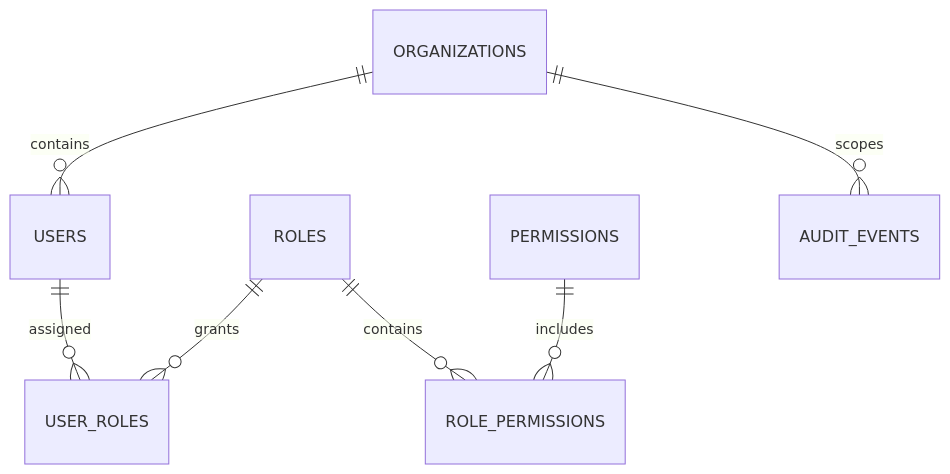
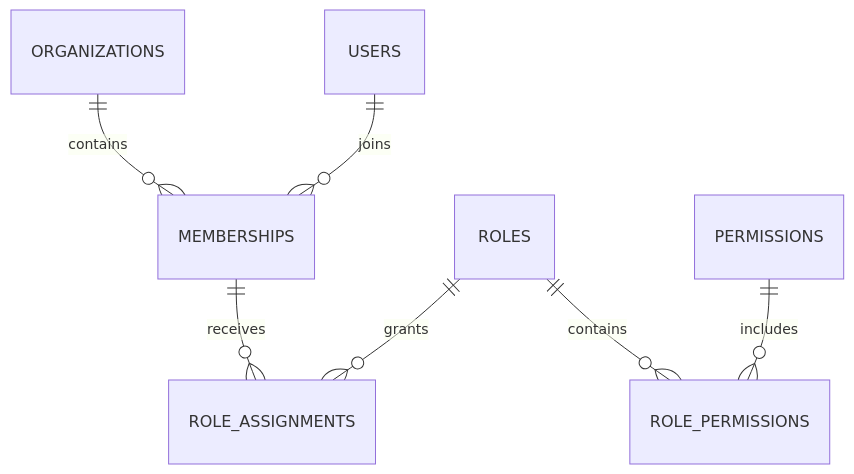
The second of 4 diagrams in docs/data-model.md (GolangDeveloperAlmir/services), drawn with Mermaid before and after one commit. The commit also changed other lines of this file and 30 other files, not shown here.

````diff
--- a/docs/data-model.md
+++ b/docs/data-model.md
@@ -106,9 +84,9 @@
-```mermaid
+~~~mermaid
 erDiagram
-    ORGANIZATIONS ||--o{ USERS : contains
-    USERS ||--o{ USER_ROLES : assigned
-    ROLES ||--o{ USER_ROLES : grants
+    ORGANIZATIONS ||--o{ MEMBERSHIPS : contains
+    USERS ||--o{ MEMBERSHIPS : joins
+    MEMBERSHIPS ||--o{ ROLE_ASSIGNMENTS : receives
+    ROLES ||--o{ ROLE_ASSIGNMENTS : grants
     ROLES ||--o{ ROLE_PERMISSIONS : contains
     PERMISSIONS ||--o{ ROLE_PERMISSIONS : includes
-    ORGANIZATIONS ||--o{ AUDIT_EVENTS : scopes
-```
+~~~
````
